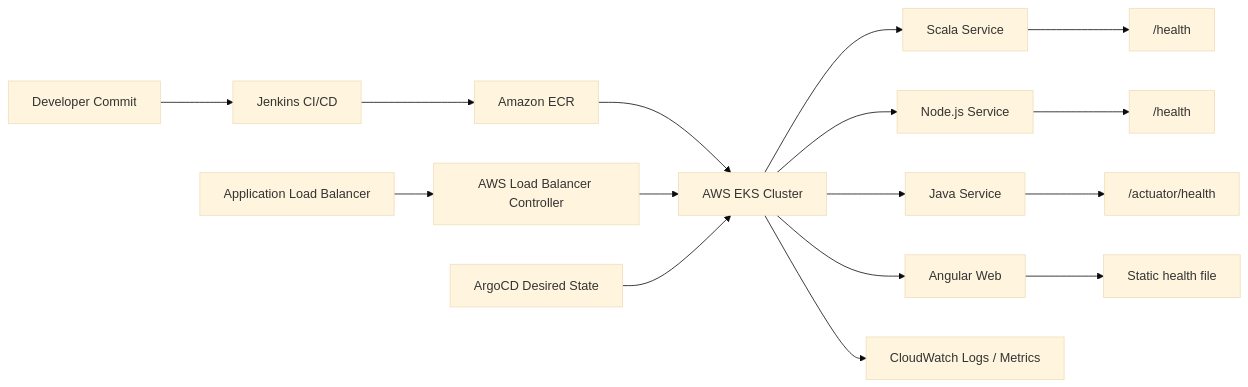
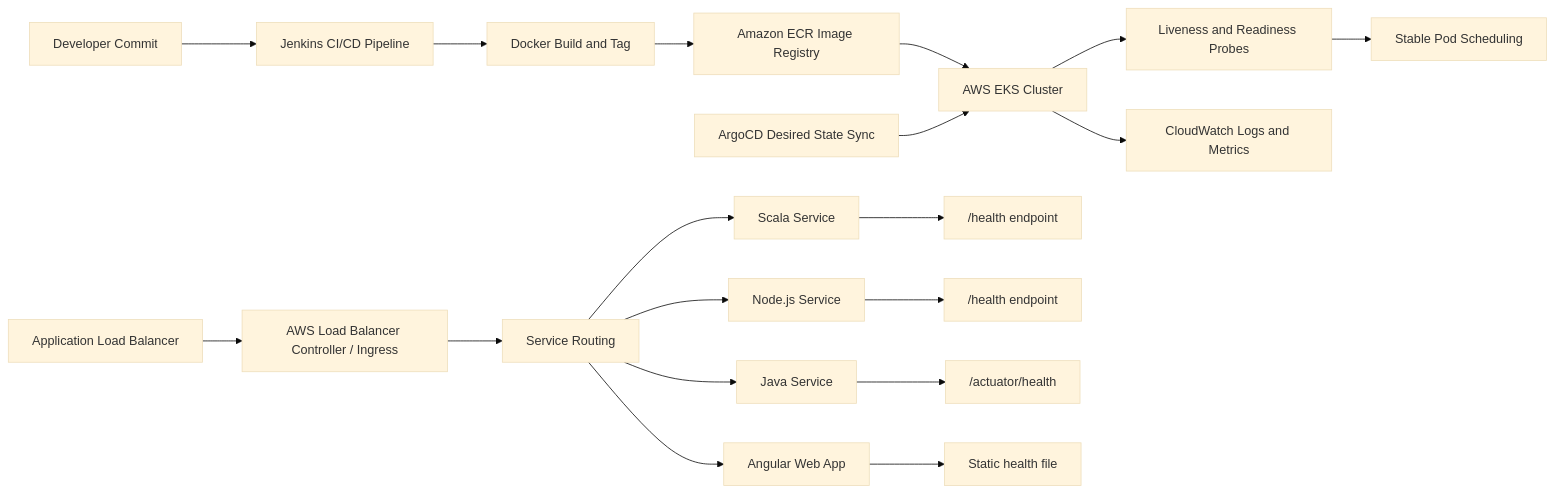
Before and after one commit to saurabhdindokar/saurabhdindokar.github.io: the diagram in project-pocs/01-smart-building-eks-stabilization-poc.md, drawn with Mermaid (base theme). The commit also changed other lines of this file and 28 other files, not shown here.

````diff
--- a/project-pocs/01-smart-building-eks-stabilization-poc.md
+++ b/project-pocs/01-smart-building-eks-stabilization-poc.md
@@ -17,18 +24,21 @@
 ```mermaid
 flowchart LR
-  Dev[Developer Commit] --> Jenkins[Jenkins CI/CD]
-  Jenkins --> ECR[Amazon ECR]
+  Dev[Developer Commit] --> Jenkins[Jenkins CI/CD Pipeline]
+  Jenkins --> Build[Docker Build and Tag]
+  Build --> ECR[Amazon ECR Image Registry]
   ECR --> EKS[AWS EKS Cluster]
-  ALB[Application Load Balancer] --> Ingress[AWS Load Balancer Controller]
-  Ingress --> EKS
-  EKS --> Scala[Scala Service]
-  EKS --> Node[Node.js Service]
-  EKS --> Java[Java Service]
-  EKS --> Angular[Angular Web]
-  Scala --> Health1["/health"]
-  Node --> Health2["/health"]
-  Java --> Health3["/actuator/health"]
-  Angular --> Health4["Static health file"]
-  EKS --> CW[CloudWatch Logs / Metrics]
-  Argo[ArgoCD Desired State] --> EKS
+  ALB[Application Load Balancer] --> Ingress[AWS Load Balancer Controller / Ingress]
+  Ingress --> Svc[Service Routing]
+  Svc --> Scala[Scala Service]
+  Svc --> Node[Node.js Service]
+  Svc --> Java[Java Service]
+  Svc --> Angular[Angular Web App]
+  Scala --> ScalaHealth["/health endpoint"]
+  Node --> NodeHealth["/health endpoint"]
+  Java --> JavaHealth["/actuator/health"]
+  Angular --> StaticHealth["Static health file"]
+  EKS --> Probes[Liveness and Readiness Probes]
+  Probes --> Stable[Stable Pod Scheduling]
+  EKS --> CW[CloudWatch Logs and Metrics]
+  Argo[ArgoCD Desired State Sync] --> EKS
 ```
````
